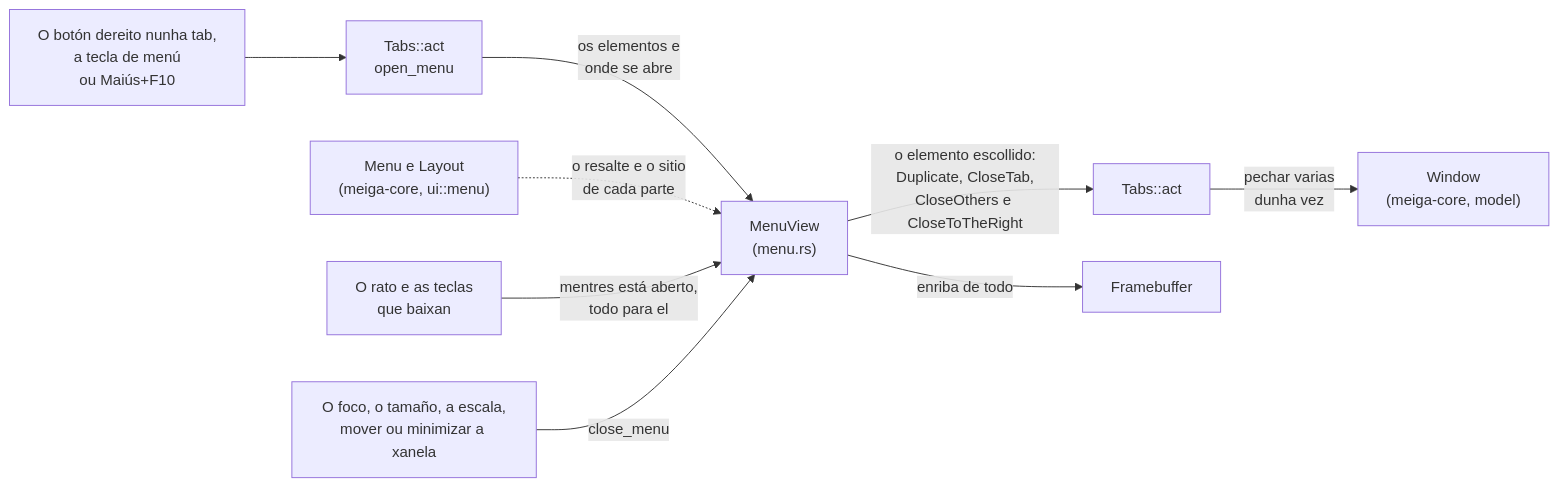
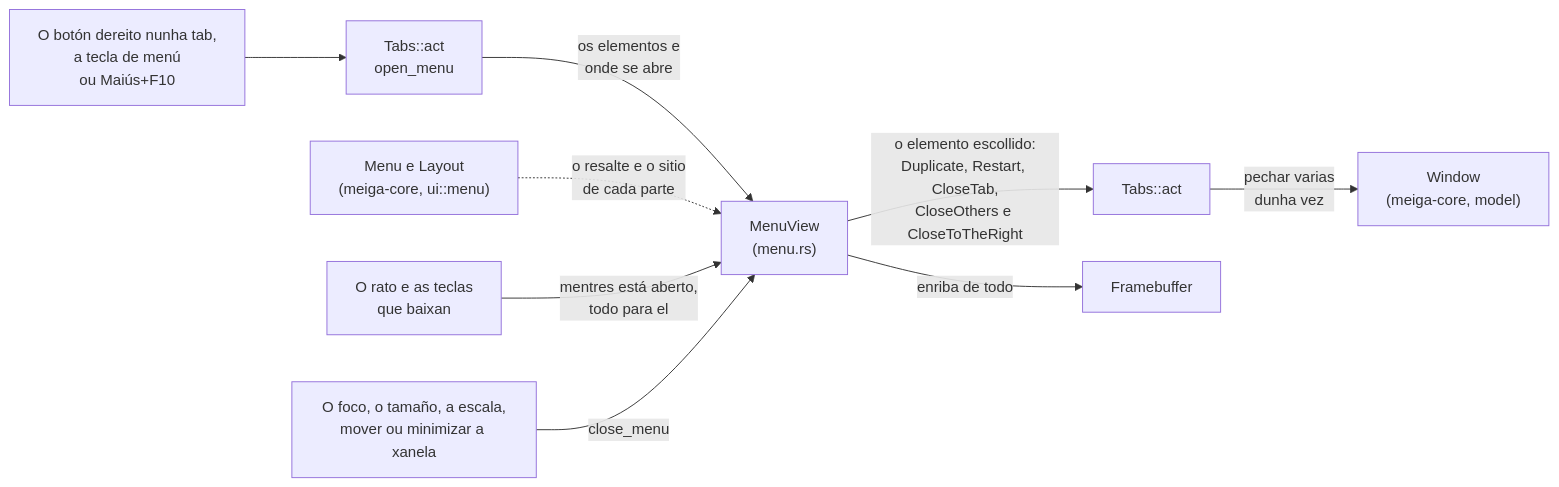
One commit to NewHouses/meiga changed diagram 14 of 20 in docs/arquitectura.md. Above: the diagram before and after it, drawn with Mermaid. The commit also changed other lines of this file and 29 other files, not shown here.

````diff
--- a/docs/arquitectura.md
+++ b/docs/arquitectura.md
@@ -386,11 +386,11 @@
 ```mermaid
 flowchart LR
     open["O botón dereito nunha tab,<br/>a tecla de menú<br/>ou Maiús+F10"] --> act["Tabs::act<br/>open_menu"]
     act -- "os elementos e<br/>onde se abre" --> menu["MenuView<br/>(menu.rs)"]
     layout["Menu e Layout<br/>(meiga-core, ui::menu)"] -. "o resalte e o sitio<br/>de cada parte" .-> menu
     ev["O rato e as teclas<br/>que baixan"] -- "mentres está aberto,<br/>todo para el" --> menu
-    menu -- "o elemento escollido:<br/>Duplicate, CloseTab,<br/>CloseOthers e CloseToTheRight" --> act2["Tabs::act"]
+    menu -- "o elemento escollido:<br/>Duplicate, Restart, CloseTab,<br/>CloseOthers e CloseToTheRight" --> act2["Tabs::act"]
     act2 -- "pechar varias<br/>dunha vez" --> model["Window<br/>(meiga-core, model)"]
     menu -- "enriba de todo" --> canvas["Framebuffer"]
     close["O foco, o tamaño, a escala,<br/>mover ou minimizar a xanela"] -- "close_menu" --> menu
 ```
````
